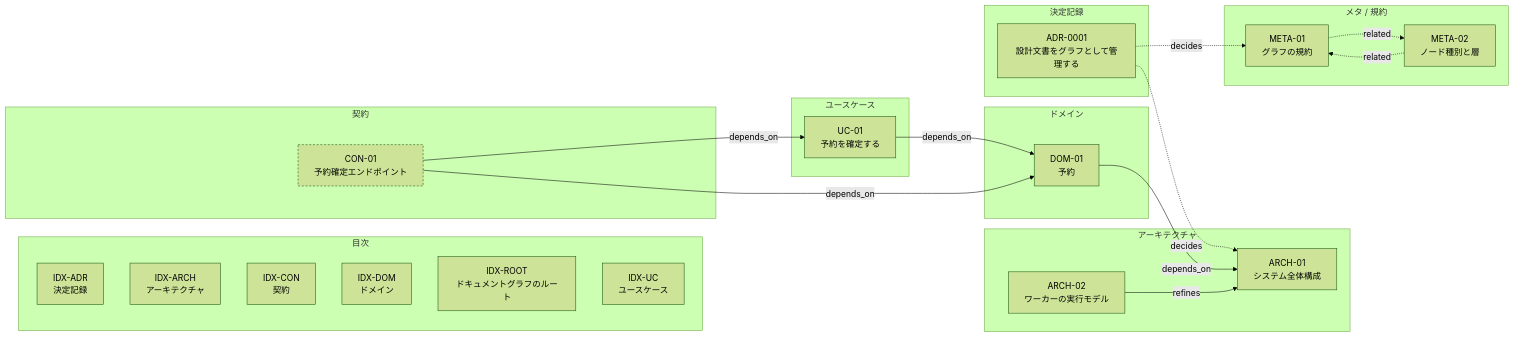
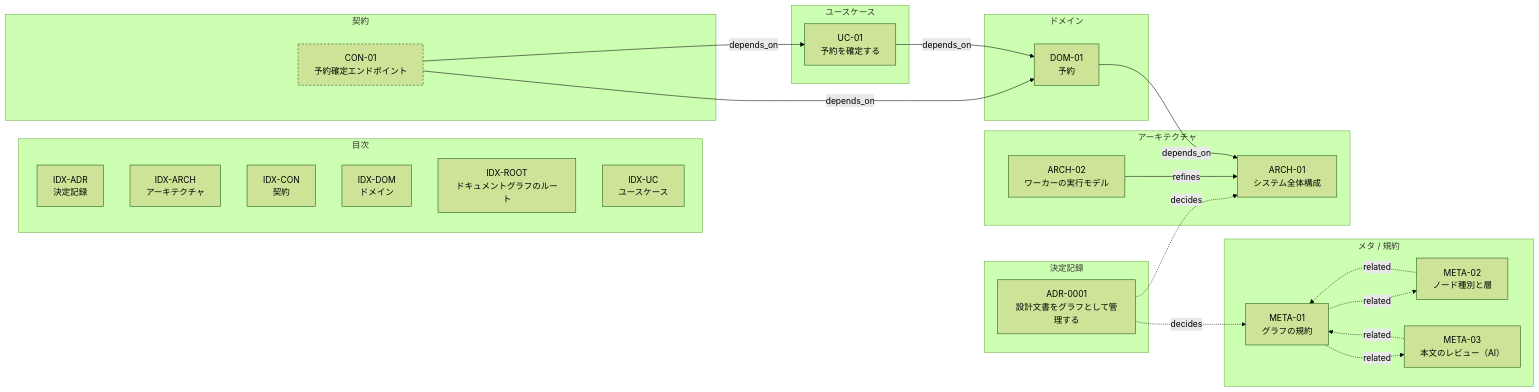
One commit to setopic/graph-doc-template changed the diagram in README.md. Above: the diagram before and after it, drawn with Mermaid (forest theme). The commit also changed other lines of this file and 17 other files, not shown here.

````diff
--- a/README.md
+++ b/README.md
@@ -88,43 +90,46 @@
 ```mermaid
 graph LR
   subgraph index["目次"]
     IDX-ADR["IDX-ADR<br/>決定記録"]
     IDX-ARCH["IDX-ARCH<br/>アーキテクチャ"]
     IDX-CON["IDX-CON<br/>契約"]
     IDX-DOM["IDX-DOM<br/>ドメイン"]
     IDX-ROOT["IDX-ROOT<br/>ドキュメントグラフのルート"]
     IDX-UC["IDX-UC<br/>ユースケース"]
   end
   subgraph meta["メタ / 規約"]
     META-01["META-01<br/>グラフの規約"]
     META-02["META-02<br/>ノード種別と層"]
+    META-03["META-03<br/>本文のレビュー（AI）"]
   end
   subgraph architecture["アーキテクチャ"]
     ARCH-01["ARCH-01<br/>システム全体構成"]
     ARCH-02["ARCH-02<br/>ワーカーの実行モデル"]
   end
   subgraph domain["ドメイン"]
     DOM-01["DOM-01<br/>予約"]
   end
   subgraph usecase["ユースケース"]
     UC-01["UC-01<br/>予約を確定する"]
   end
   subgraph contract["契約"]
     CON-01["CON-01<br/>予約確定エンドポイント"]
   end
   subgraph adr["決定記録"]
     ADR-0001["ADR-0001<br/>設計文書をグラフとして管理する"]
   end
   ADR-0001 -.->|decides| META-01
   ADR-0001 -.->|decides| ARCH-01
   ARCH-02 -->|refines| ARCH-01
   CON-01 -->|depends_on| UC-01
   CON-01 -->|depends_on| DOM-01
   DOM-01 -->|depends_on| ARCH-01
   META-01 -.->|related| META-02
+  META-01 -.->|related| META-03
   META-02 -.->|related| META-01
+  META-03 -.->|related| META-01
   UC-01 -->|depends_on| DOM-01
   classDef draft stroke-dasharray: 4\,3;
   classDef deprecated opacity:0.5;
   class CON-01 draft;
 ```
````
